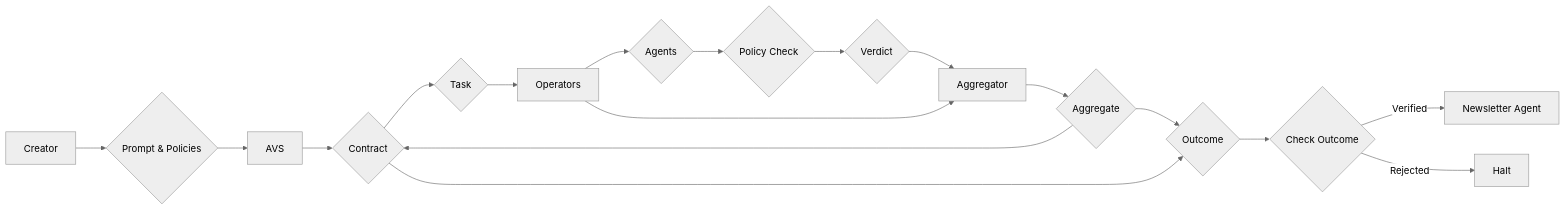
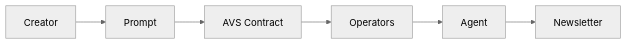
Before and after one commit to Agentopians/WeAi: the diagram in README.md, drawn with Mermaid (neutral theme). The commit also changed other lines of this file, not shown here.

Commit message:
docs: Update README installation instructions to docs/README_AVS.md

````diff
--- a/README.md
+++ b/README.md
@@ -38,20 +38,8 @@
 ```mermaid
 graph LR
-    A[Creator] --> B{Prompt & Policies}
-    B --> C[AVS]
-    C --> D{Contract}
-    D --> E{Task}
-    E --> F[Operators]
-    F --> G{Agents}
-    G --> H{Policy Check}
-    H --> I{Verdict}
-    I --> J[Aggregator]
-    F --> J
-    J --> K{Aggregate}
-    K --> D
-    K --> L{Outcome}
-    D --> L
-    L --> M{Check Outcome}
-    M -- Verified --> N[Newsletter Agent]
-    M -- Rejected --> P[Halt]
+    A[Creator] --> B[Prompt]
+    B --> C[AVS Contract]
+    C --> D[Operators]
+    D --> E[Agent]
+    E --> F[Newsletter]
 ```
````
